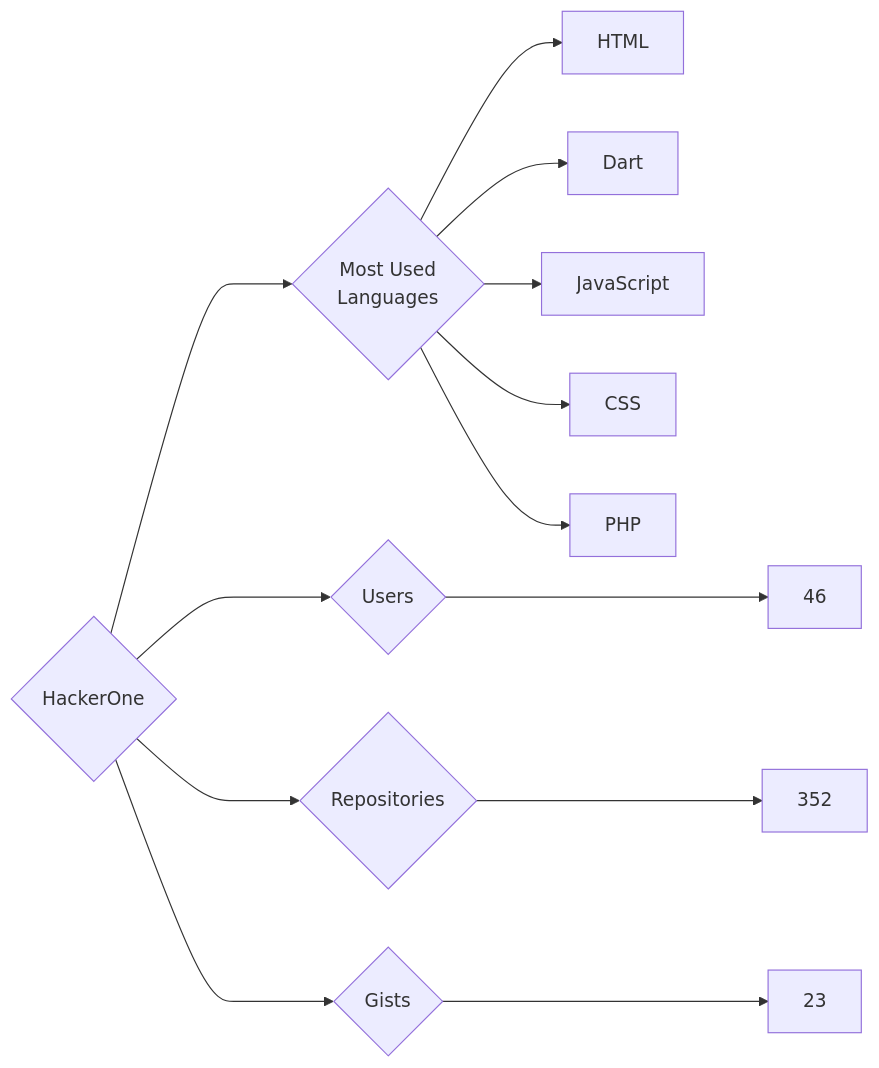
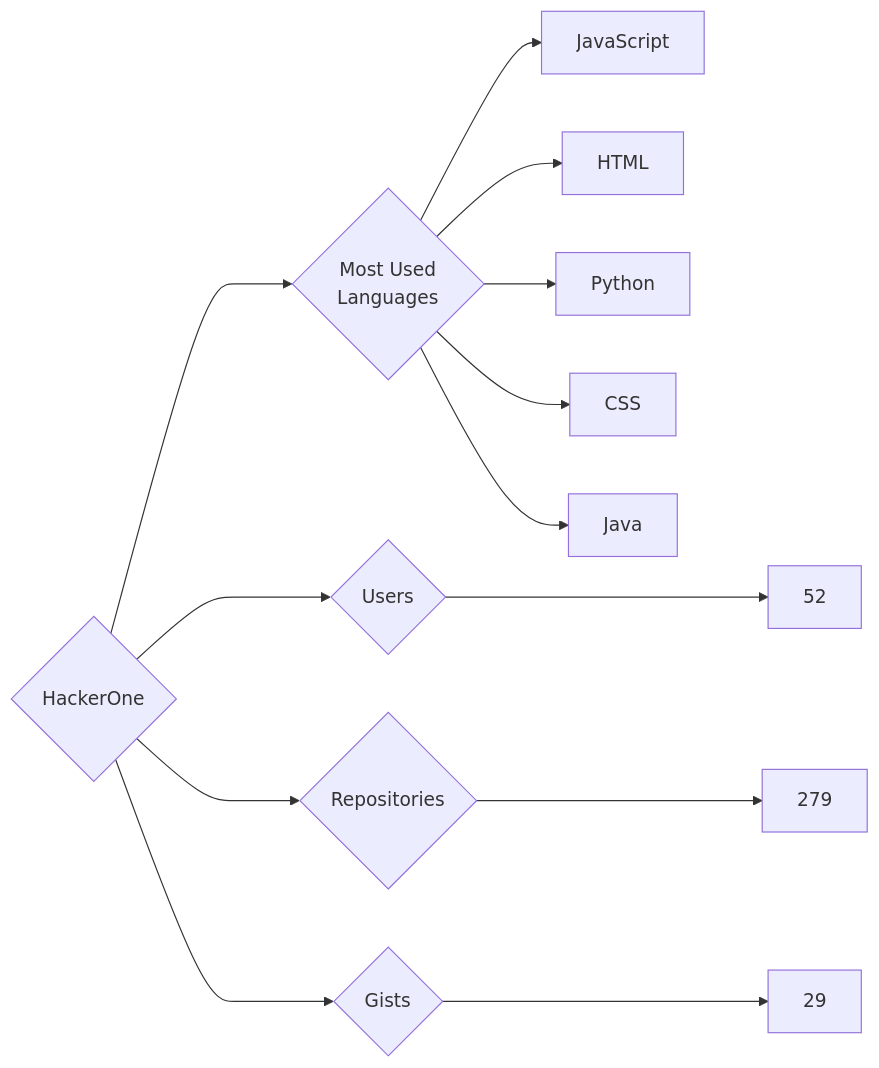
Before and after one commit to trickest/insiders: the diagram in targets/HackerOne/README.md, drawn with Mermaid. The commit also changed 888 other files, not shown here.

````diff
--- a/targets/HackerOne/README.md
+++ b/targets/HackerOne/README.md
@@ -3,13 +3,13 @@
 ```mermaid
 graph LR
 COMPANY_NAME{HackerOne}
-COMPANY_NAME ---> U{Users} ---> UN[46]
-COMPANY_NAME ---> R{Repositories} ---> RN[352]
-COMPANY_NAME ---> G{Gists} ---> GN[23]
+COMPANY_NAME ---> U{Users} ---> UN[52]
+COMPANY_NAME ---> R{Repositories} ---> RN[279]
+COMPANY_NAME ---> G{Gists} ---> GN[29]
 COMPANY_NAME ---> ML{Most Used<br>Languages}
+ML --> JavaScript[JavaScript]
 ML --> HTML[HTML]
-ML --> Dart[Dart]
-ML --> JavaScript[JavaScript]
+ML --> Python[Python]
 ML --> CSS[CSS]
-ML --> PHP[PHP]
+ML --> Java[Java]
 ```
````
